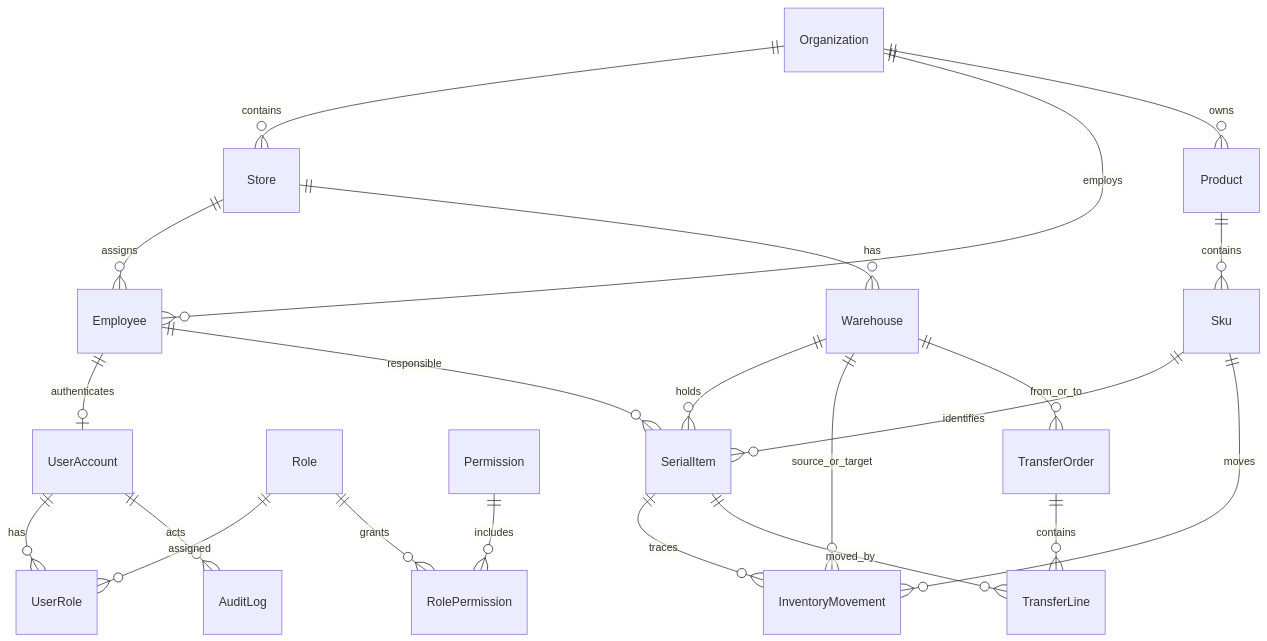
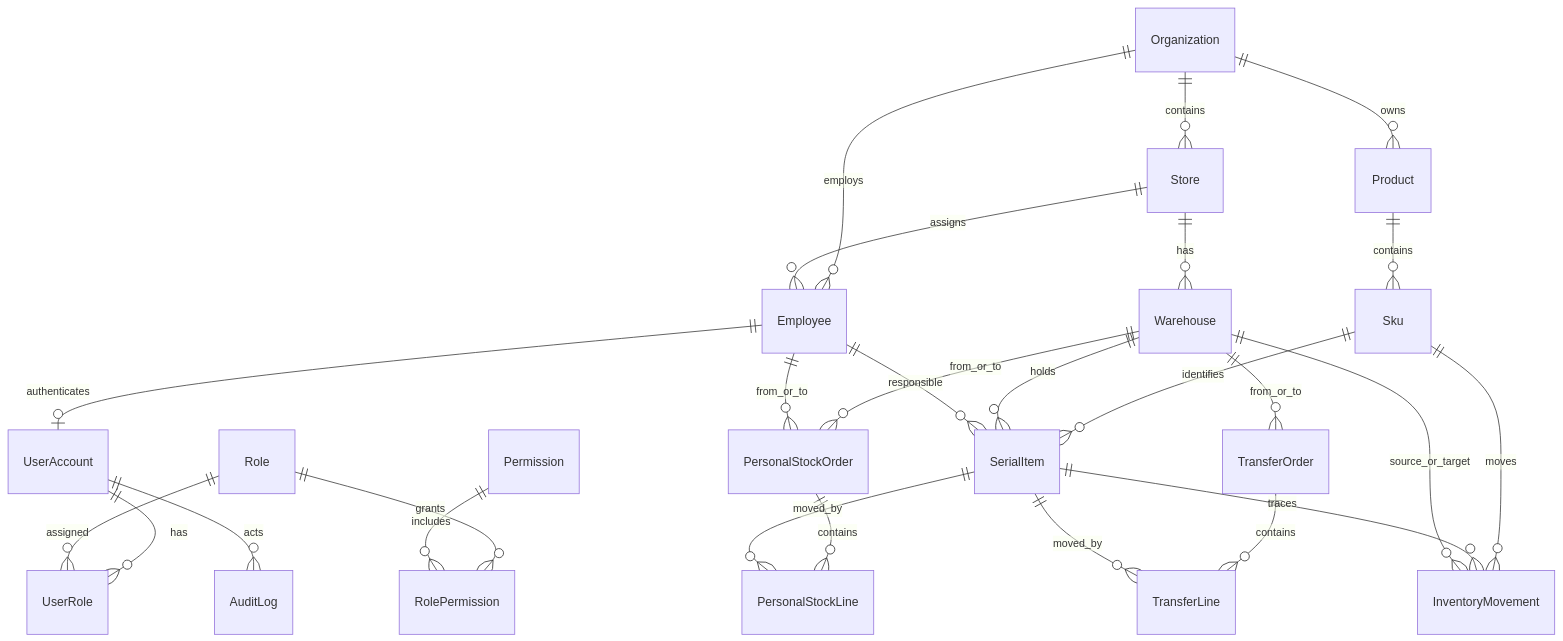
One commit to 3Wsky/jincheng-erp-web changed the diagram in docs/09-数据库ER图与数据字典.md. Above: the diagram before and after it, drawn with Mermaid. The commit also changed other lines of this file and 56 other files, not shown here.

````diff
--- a/docs/09-数据库ER图与数据字典.md
+++ b/docs/09-数据库ER图与数据字典.md
@@ -9,24 +9,28 @@
 ```mermaid
 erDiagram
   Organization ||--o{ Store : contains
   Organization ||--o{ Employee : employs
   Organization ||--o{ Product : owns
   Store ||--o{ Employee : assigns
   Store ||--o{ Warehouse : has
   Employee ||--o| UserAccount : authenticates
   UserAccount ||--o{ UserRole : has
   Role ||--o{ UserRole : assigned
   Role ||--o{ RolePermission : grants
   Permission ||--o{ RolePermission : includes
   Product ||--o{ Sku : contains
   Sku ||--o{ SerialItem : identifies
   Warehouse ||--o{ SerialItem : holds
   Employee ||--o{ SerialItem : responsible
   Sku ||--o{ InventoryMovement : moves
   SerialItem ||--o{ InventoryMovement : traces
   Warehouse ||--o{ InventoryMovement : source_or_target
   Warehouse ||--o{ TransferOrder : from_or_to
   TransferOrder ||--o{ TransferLine : contains
   SerialItem ||--o{ TransferLine : moved_by
+  Warehouse ||--o{ PersonalStockOrder : from_or_to
+  PersonalStockOrder ||--o{ PersonalStockLine : contains
+  SerialItem ||--o{ PersonalStockLine : moved_by
+  Employee ||--o{ PersonalStockOrder : from_or_to
   UserAccount ||--o{ AuditLog : acts
 ```
````
